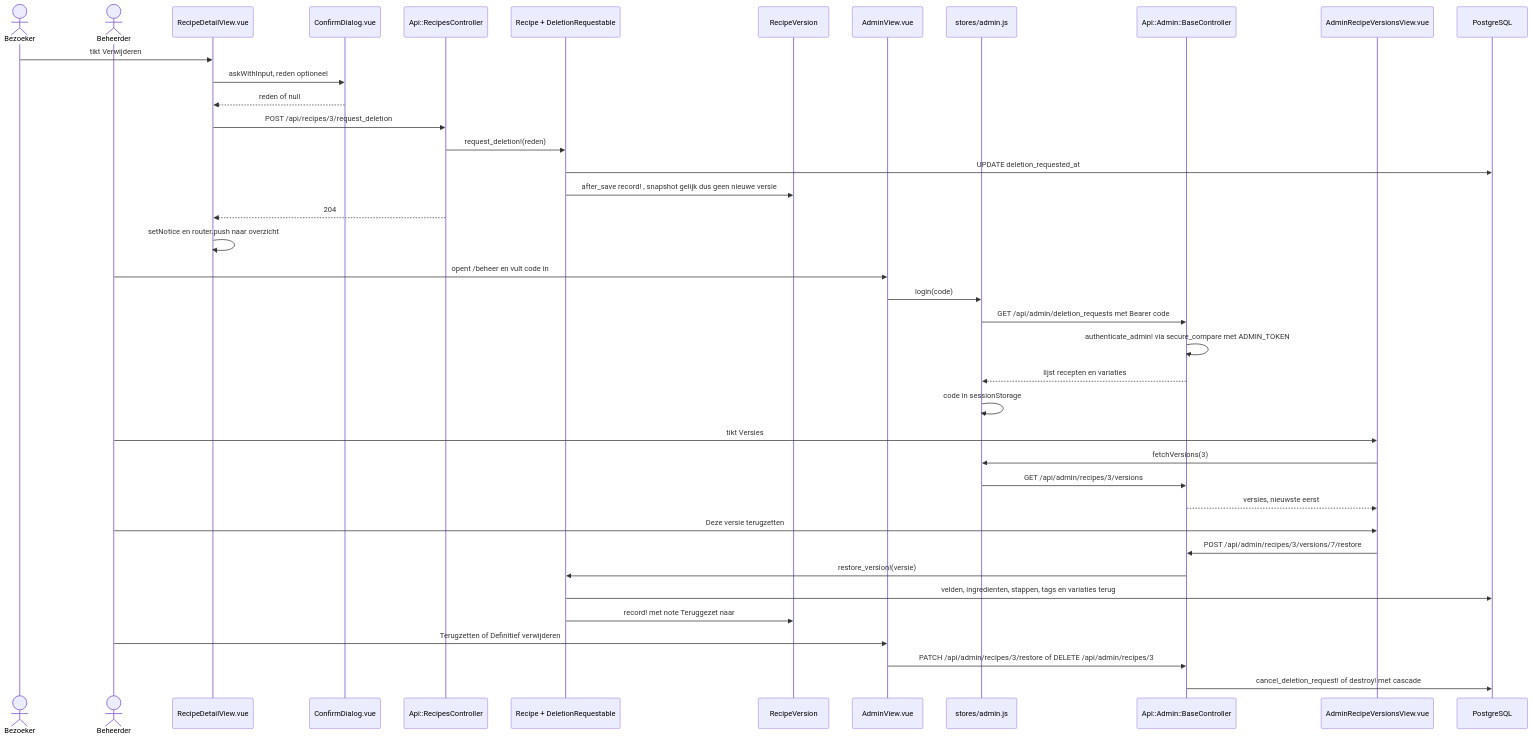
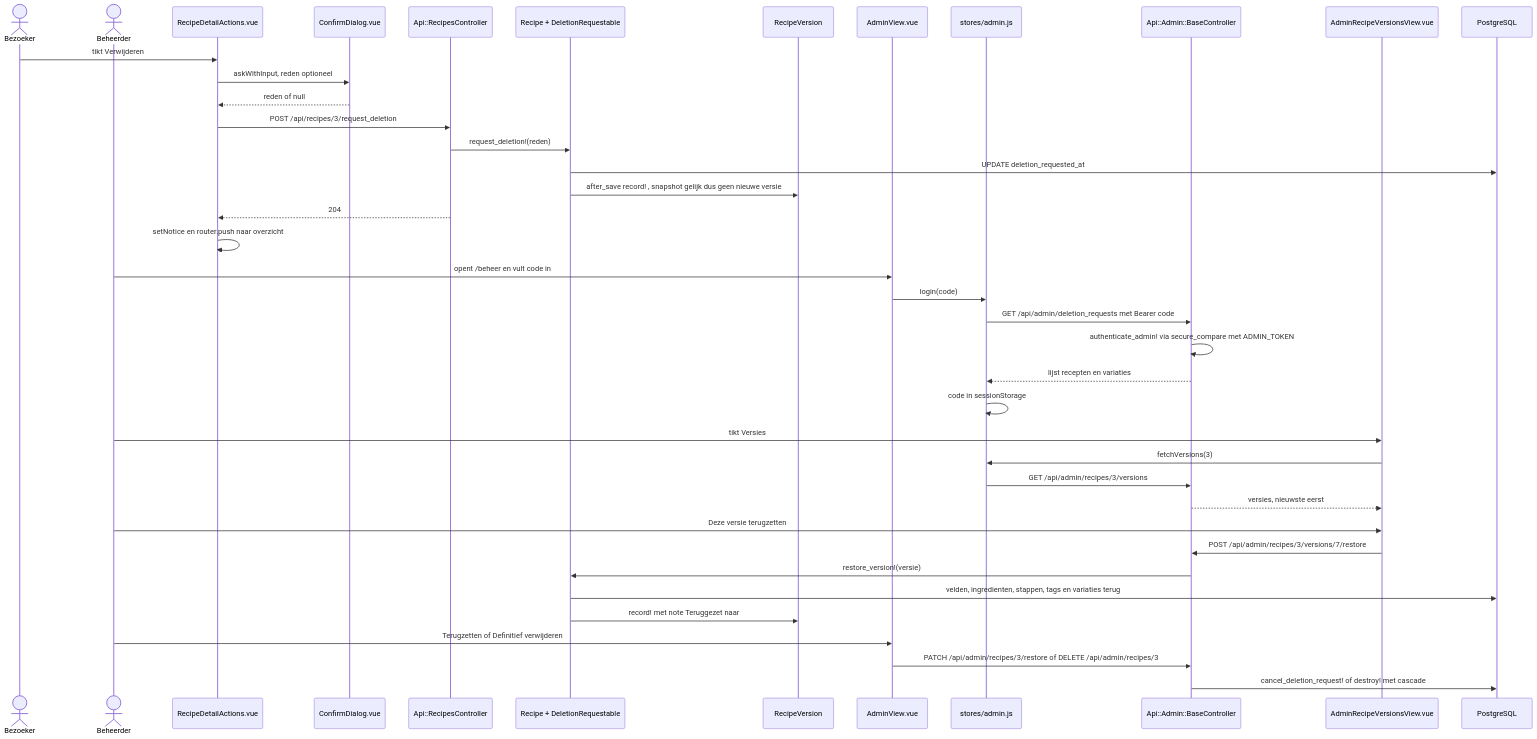
The seventh of 7 diagrams in docs/code_overzicht.md (lobkest/receptenapp), drawn with Mermaid before and after one commit. The commit also changed other lines of this file and 20 other files, not shown here.

````diff
--- a/docs/code_overzicht.md
+++ b/docs/code_overzicht.md
@@ -368,44 +370,44 @@
 ```mermaid
 sequenceDiagram
   actor U as Bezoeker
   actor A as Beheerder
-  participant DV as RecipeDetailView.vue
+  participant DV as RecipeDetailActions.vue
   participant CD as ConfirmDialog.vue
   participant RC as Api::RecipesController
   participant R as Recipe + DeletionRequestable
   participant V as RecipeVersion
   participant AV as AdminView.vue
   participant AS as stores/admin.js
   participant AB as Api::Admin::BaseController
   participant VV as AdminRecipeVersionsView.vue
   participant DB as PostgreSQL
 
   U->>DV: tikt Verwijderen
   DV->>CD: askWithInput, reden optioneel
   CD-->>DV: reden of null
   DV->>RC: POST /api/recipes/3/request_deletion
   RC->>R: request_deletion!(reden)
   R->>DB: UPDATE deletion_requested_at
   R->>V: after_save record! , snapshot gelijk dus geen nieuwe versie
   RC-->>DV: 204
   DV->>DV: setNotice en router.push naar overzicht
 
   A->>AV: opent /beheer en vult code in
   AV->>AS: login(code)
   AS->>AB: GET /api/admin/deletion_requests met Bearer code
   AB->>AB: authenticate_admin! via secure_compare met ADMIN_TOKEN
   AB-->>AS: lijst recepten en variaties
   AS->>AS: code in sessionStorage
   A->>VV: tikt Versies
   VV->>AS: fetchVersions(3)
   AS->>AB: GET /api/admin/recipes/3/versions
   AB-->>VV: versies, nieuwste eerst
   A->>VV: Deze versie terugzetten
   VV->>AB: POST /api/admin/recipes/3/versions/7/restore
   AB->>R: restore_version!(versie)
   R->>DB: velden, ingredienten, stappen, tags en variaties terug
   R->>V: record! met note Teruggezet naar
   A->>AV: Terugzetten of Definitief verwijderen
   AV->>AB: PATCH /api/admin/recipes/3/restore of DELETE /api/admin/recipes/3
   AB->>DB: cancel_deletion_request! of destroy! met cascade
 ```
````
